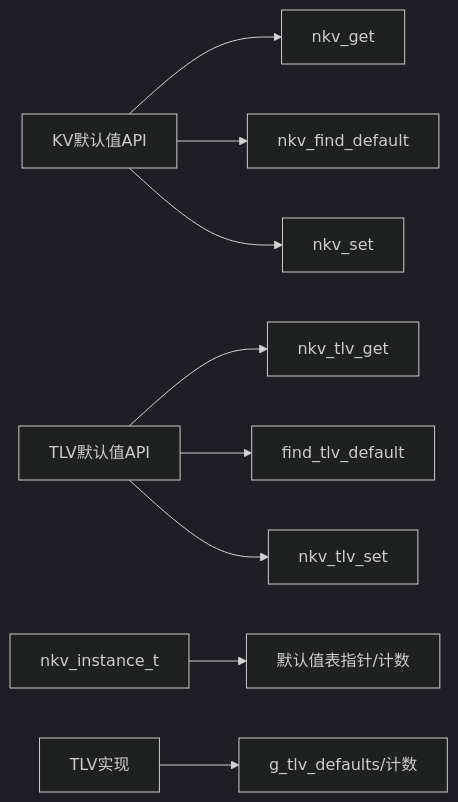
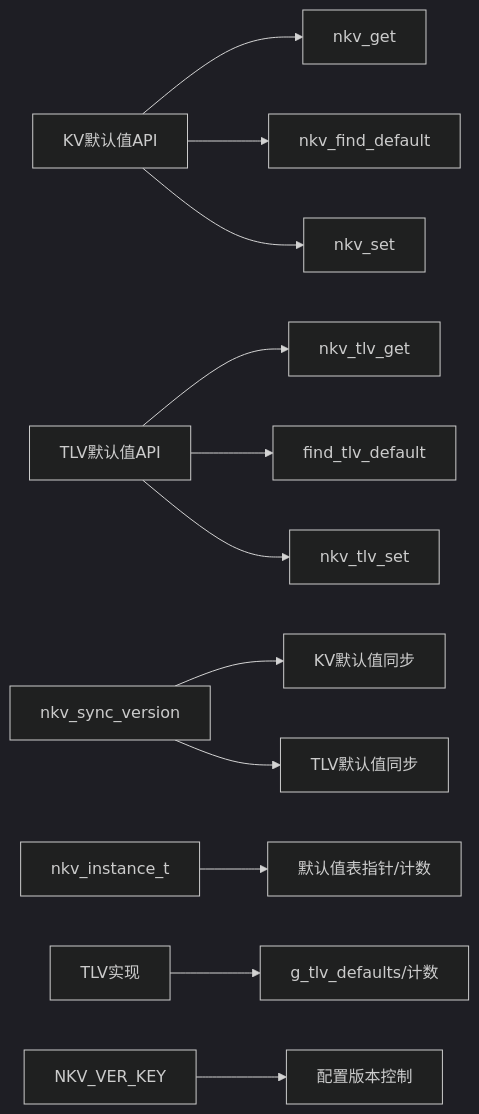
The fifth of 5 diagrams in .qoder/repowiki/zh/content/API参考手册/默认值API.md (causebefore/microkv-module), drawn with Mermaid (dark theme) before and after one commit. The commit also changed other lines of this file and 10 other files, not shown here.

````diff
--- a/.qoder/repowiki/zh/content/API参考手册/默认值API.md
+++ b/.qoder/repowiki/zh/content/API参考手册/默认值API.md
@@ -255,11 +285,14 @@
 ```mermaid
 graph LR
 KV_API["KV默认值API"] --> KV_GET["nkv_get"]
 KV_API --> KV_FIND["nkv_find_default"]
 KV_API --> KV_SET["nkv_set"]
 TLV_API["TLV默认值API"] --> TLV_GET["nkv_tlv_get"]
 TLV_API --> TLV_FIND["find_tlv_default"]
 TLV_API --> TLV_SET["nkv_tlv_set"]
+SYNC["nkv_sync_version"] --> KV_SYNC["KV默认值同步"]
+SYNC --> TLV_SYNC["TLV默认值同步"]
 INST["nkv_instance_t"] --> DEF_TBL["默认值表指针/计数"]
 TLV_IMPL["TLV实现"] --> TLV_DEF_TBL["g_tlv_defaults/计数"]
+VER_KEY["NKV_VER_KEY"] --> VERSION["配置版本控制"]
 ```
````
